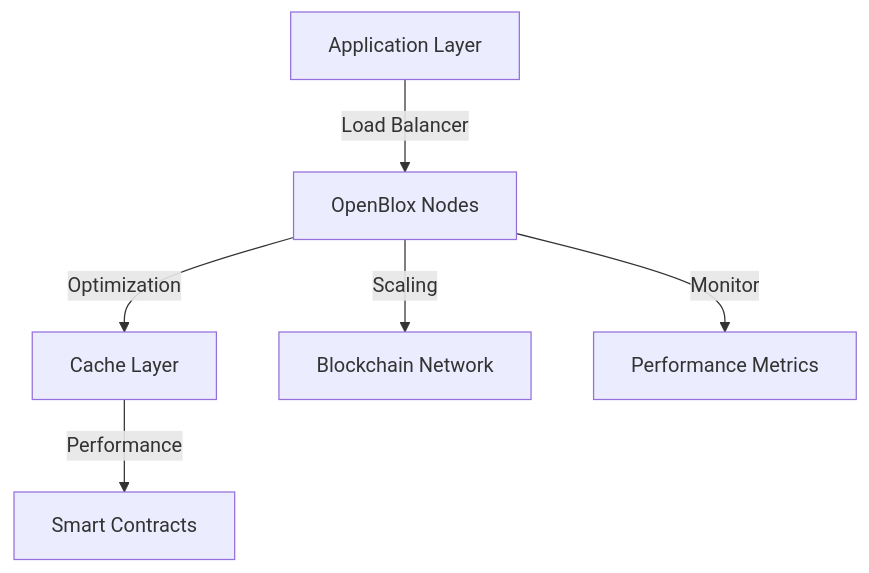
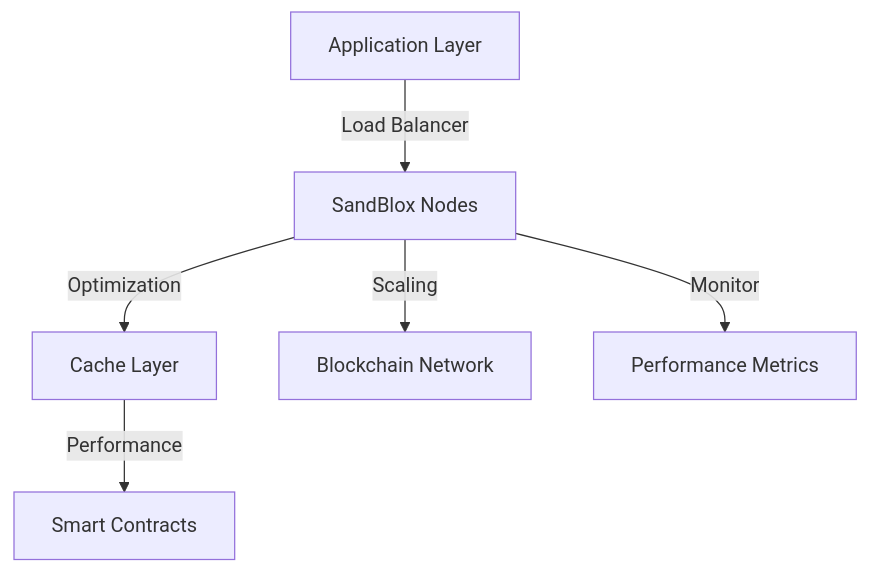
The diagram in public/docs/scalability-performance.md (PracticalParticle/Sandblox), drawn with Mermaid before and after one commit. The commit also changed other lines of this file and 25 other files, not shown here.

Commit message:
rename project to SandBlox

````diff
--- a/public/docs/scalability-performance.md
+++ b/public/docs/scalability-performance.md
@@ -14,8 +14,8 @@
 ```mermaid
 graph TD
-    A[Application Layer] -->|Load Balancer| B[OpenBlox Nodes]
+    A[Application Layer] -->|Load Balancer| B[SandBlox Nodes]
     B -->|Optimization| C[Cache Layer]
     B -->|Scaling| D[Blockchain Network]
     C -->|Performance| E[Smart Contracts]
     B -->|Monitor| F[Performance Metrics]
 ```
````
